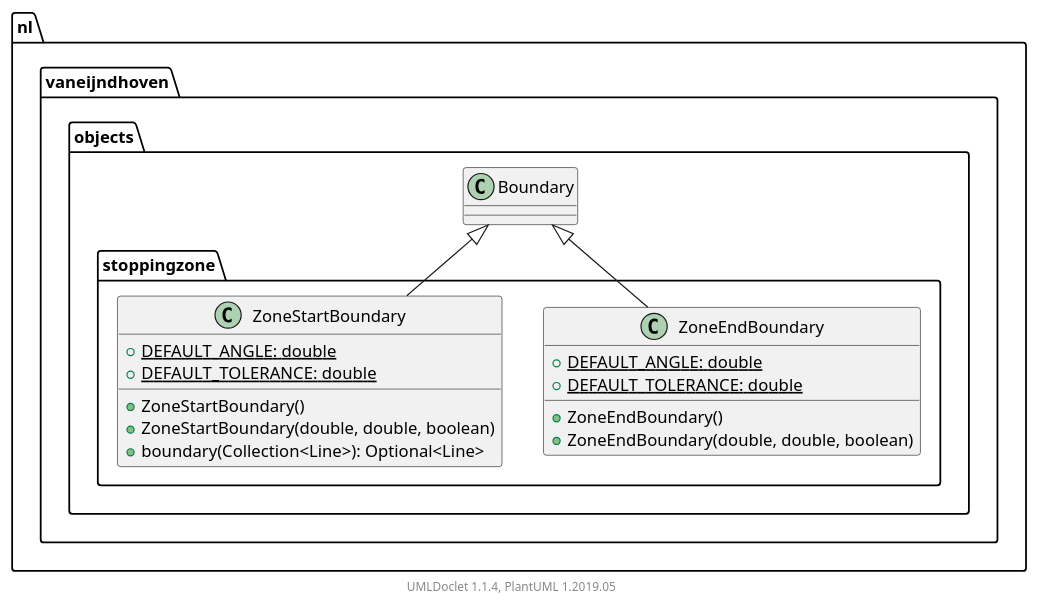
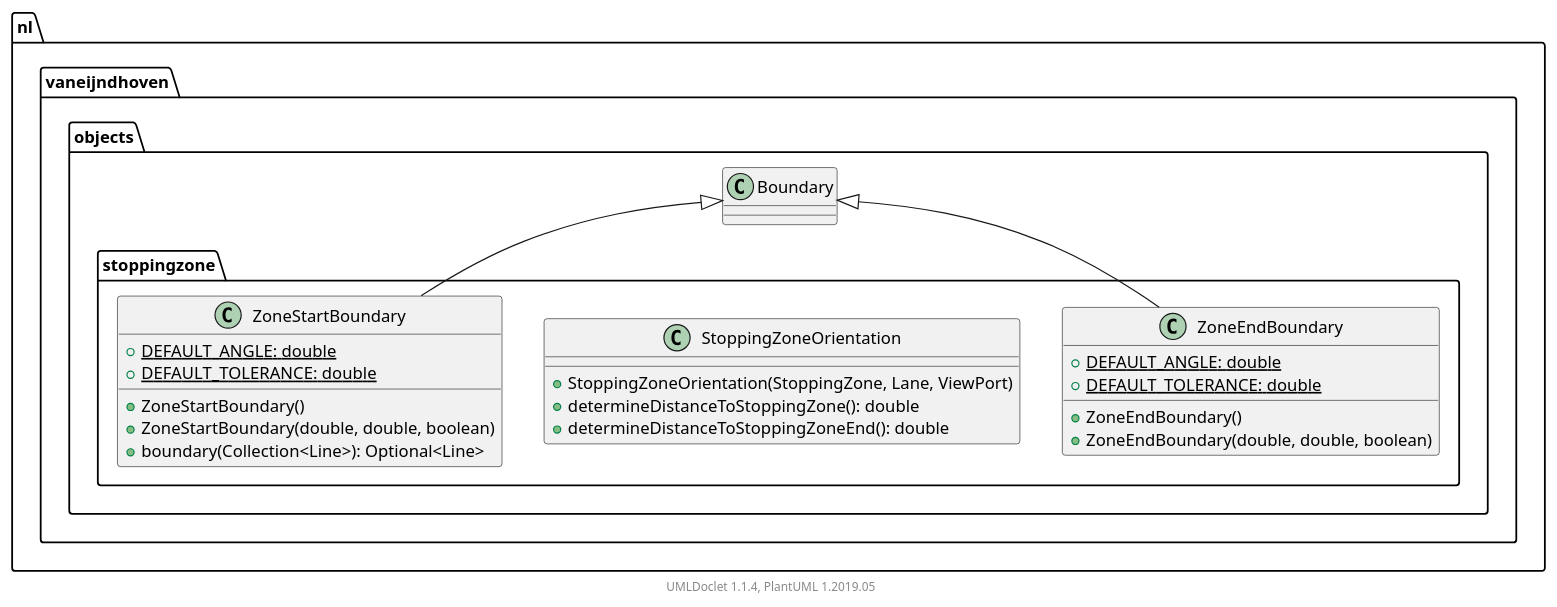
One commit to rc-dukes/dukes changed the diagram in dukes/apidocs/nl/vaneijndhoven/objects/stoppingzone/package.puml. Above: the diagram before and after it, drawn with PlantUML. The commit also changed 2213 other files, not shown here.

```diff
--- a/dukes/apidocs/nl/vaneijndhoven/objects/stoppingzone/package.puml
+++ b/dukes/apidocs/nl/vaneijndhoven/objects/stoppingzone/package.puml
@@ -1,29 +1,35 @@
 @startuml
 
     namespace nl.vaneijndhoven.objects.stoppingzone {
 
         class ZoneEndBoundary [[ZoneEndBoundary.html]] {
             {static} +DEFAULT_ANGLE: double
             {static} +DEFAULT_TOLERANCE: double
             +ZoneEndBoundary()
             +ZoneEndBoundary(double, double, boolean)
+        }
+
+        class StoppingZoneOrientation [[StoppingZoneOrientation.html]] {
+            +StoppingZoneOrientation(StoppingZone, Lane, ViewPort)
+            +determineDistanceToStoppingZone(): double
+            +determineDistanceToStoppingZoneEnd(): double
         }
 
         class ZoneStartBoundary [[ZoneStartBoundary.html]] {
             {static} +DEFAULT_ANGLE: double
             {static} +DEFAULT_TOLERANCE: double
             +ZoneStartBoundary()
             +ZoneStartBoundary(double, double, boolean)
             +boundary(Collection<Line>): Optional<Line>
         }
 
         class nl.vaneijndhoven.objects.Boundary
         nl.vaneijndhoven.objects.Boundary <|-- ZoneEndBoundary
 
         nl.vaneijndhoven.objects.Boundary <|-- ZoneStartBoundary
 
     }
 
 
     center footer UMLDoclet 1.1.4, PlantUML 1.2019.05
 @enduml
```
